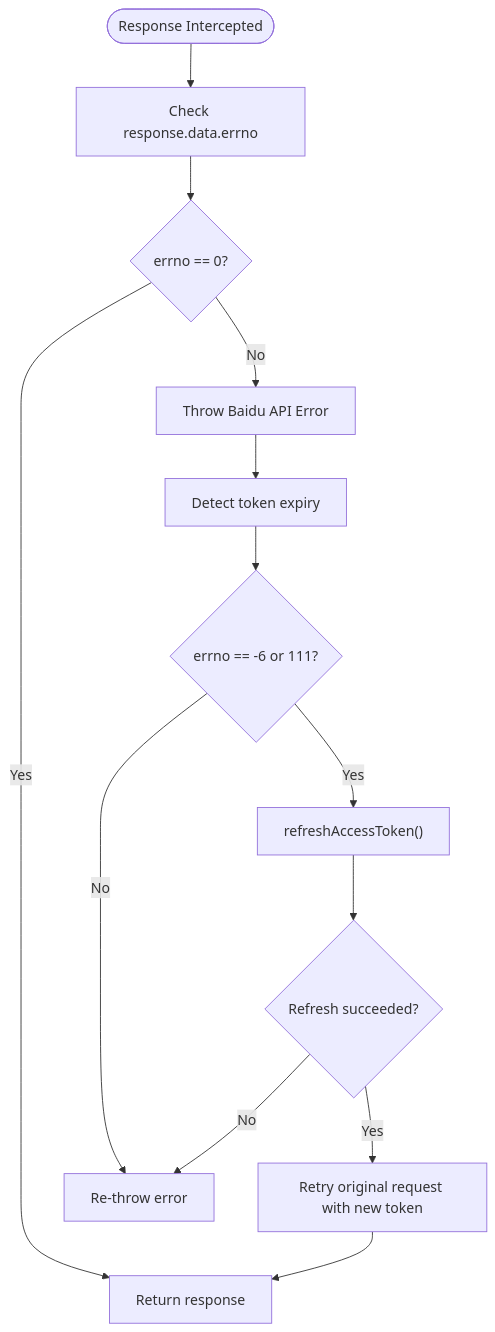
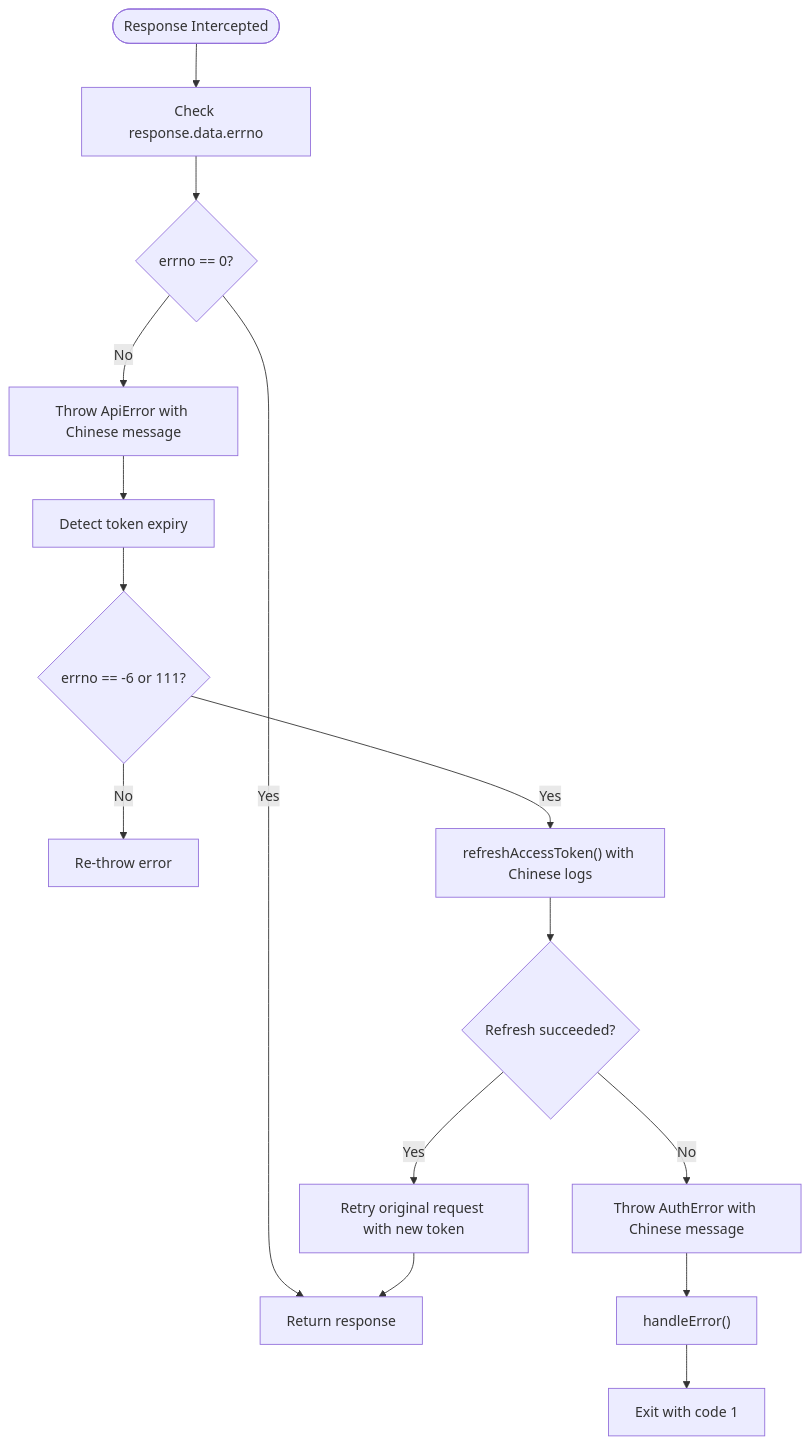
One commit to yuexiaoliang/baiduwangpan-manager changed the third of 4 diagrams in .qoder/repowiki/en/content/API Integration/Error Handling & Response Processing.md. Above: the diagram before and after it, drawn with Mermaid. The commit also changed other lines of this file and 30 other files, not shown here.

````diff
--- a/.qoder/repowiki/en/content/API Integration/Error Handling & Response Processing.md
+++ b/.qoder/repowiki/en/content/API Integration/Error Handling & Response Processing.md
@@ -179,15 +283,17 @@
 ```mermaid
 flowchart TD
 Start(["Response Intercepted"]) --> CheckErrno["Check response.data.errno"]
 CheckErrno --> ErrnoZero{"errno == 0?"}
 ErrnoZero --> |Yes| ReturnResp["Return response"]
-ErrnoZero --> |No| ThrowBaidu["Throw Baidu API Error"]
+ErrnoZero --> |No| ThrowBaidu["Throw ApiError with Chinese message"]
 ThrowBaidu --> DetectExpire["Detect token expiry"]
 DetectExpire --> Expired{"errno == -6 or 111?"}
 Expired --> |No| ReThrow["Re-throw error"]
-Expired --> |Yes| Refresh["refreshAccessToken()"]
+Expired --> |Yes| Refresh["refreshAccessToken() with Chinese logs"]
 Refresh --> RefreshOk{"Refresh succeeded?"}
-RefreshOk --> |No| ReThrow
+RefreshOk --> |No| ThrowAuth["Throw AuthError with Chinese message"]
+ThrowAuth --> HandleError["handleError()"]
 RefreshOk --> |Yes| RetryReq["Retry original request with new token"]
 RetryReq --> ReturnResp
+HandleError --> Exit["Exit with code 1"]
 ```
````
